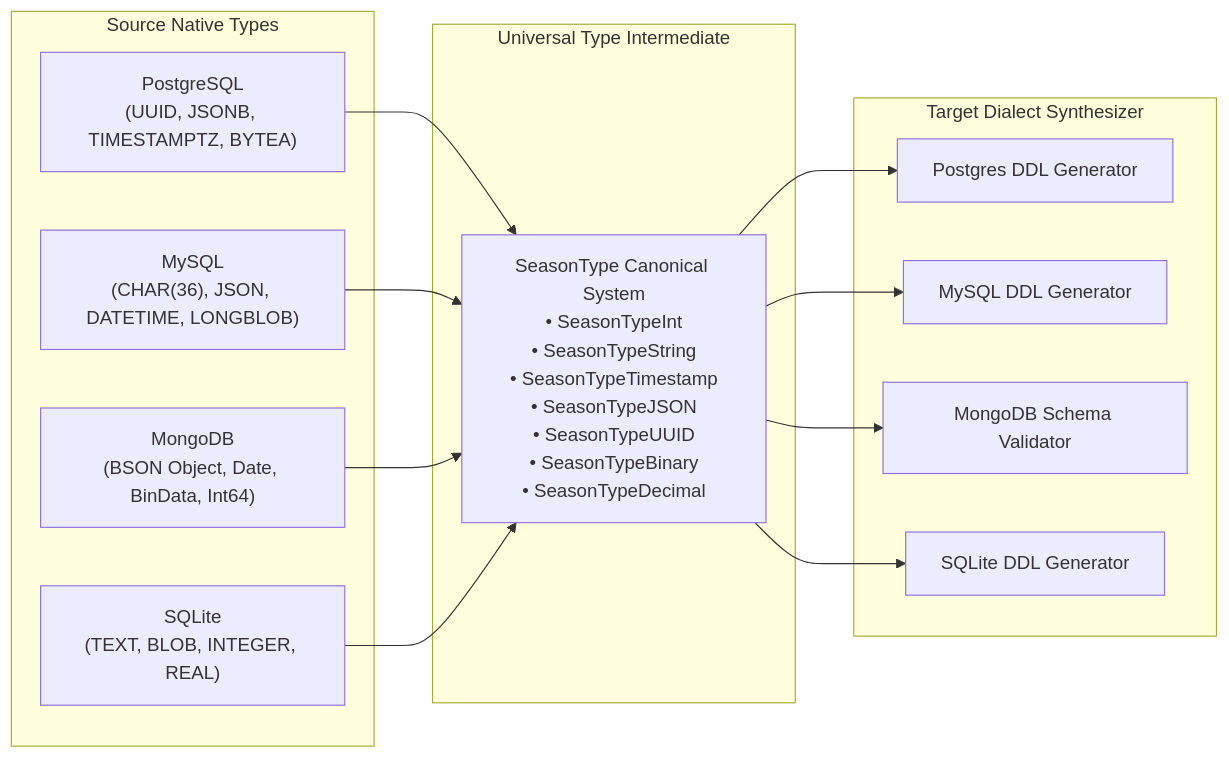
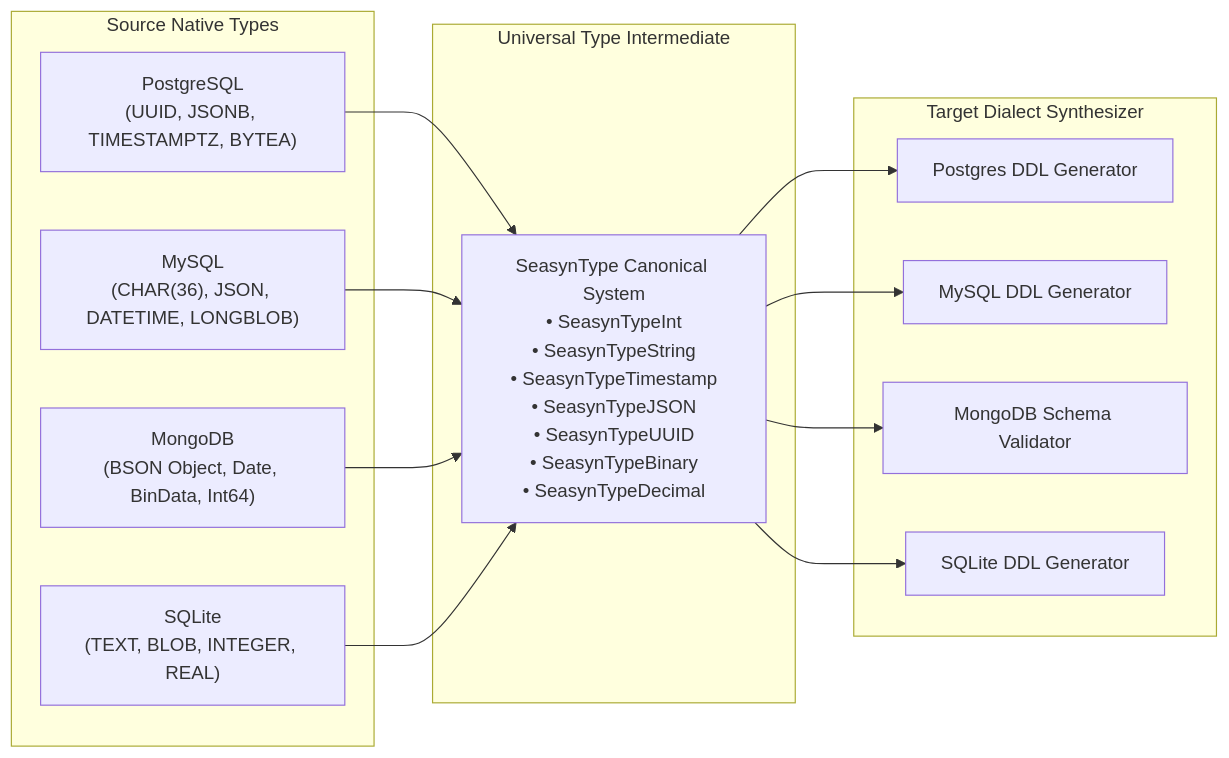
The third of 3 diagrams in backend/README.md (Prince-695/seasyn), drawn with Mermaid before and after one commit. The commit also changed other lines of this file and 4 other files, not shown here.

Commit message:
docs(swagger): regenerate OpenAPI specs and update backend documentation for SeasynType

````diff
--- a/backend/README.md
+++ b/backend/README.md
@@ -263,30 +263,30 @@
 ```mermaid
 flowchart LR
     subgraph SourceEngines ["Source Native Types"]
         PG_T["PostgreSQL\n(UUID, JSONB, TIMESTAMPTZ, BYTEA)"]
         MY_T["MySQL\n(CHAR(36), JSON, DATETIME, LONGBLOB)"]
         MO_T["MongoDB\n(BSON Object, Date, BinData, Int64)"]
         SQ_T["SQLite\n(TEXT, BLOB, INTEGER, REAL)"]
     end
 
     subgraph CanonicalCore ["Universal Type Intermediate"]
-        ST["SeasonType Canonical System\n• SeasonTypeInt\n• SeasonTypeString\n• SeasonTypeTimestamp\n• SeasonTypeJSON\n• SeasonTypeUUID\n• SeasonTypeBinary\n• SeasonTypeDecimal"]
+        ST["SeasynType Canonical System\n• SeasynTypeInt\n• SeasynTypeString\n• SeasynTypeTimestamp\n• SeasynTypeJSON\n• SeasynTypeUUID\n• SeasynTypeBinary\n• SeasynTypeDecimal"]
     end
 
     subgraph TargetEngines ["Target Dialect Synthesizer"]
         T_PG["Postgres DDL Generator"]
         T_MY["MySQL DDL Generator"]
         T_MO["MongoDB Schema Validator"]
         T_SQ["SQLite DDL Generator"]
     end
 
     PG_T --> ST
     MY_T --> ST
     MO_T --> ST
     SQ_T --> ST
 
     ST --> T_PG
     ST --> T_MY
     ST --> T_MO
     ST --> T_SQ
 ```
````
